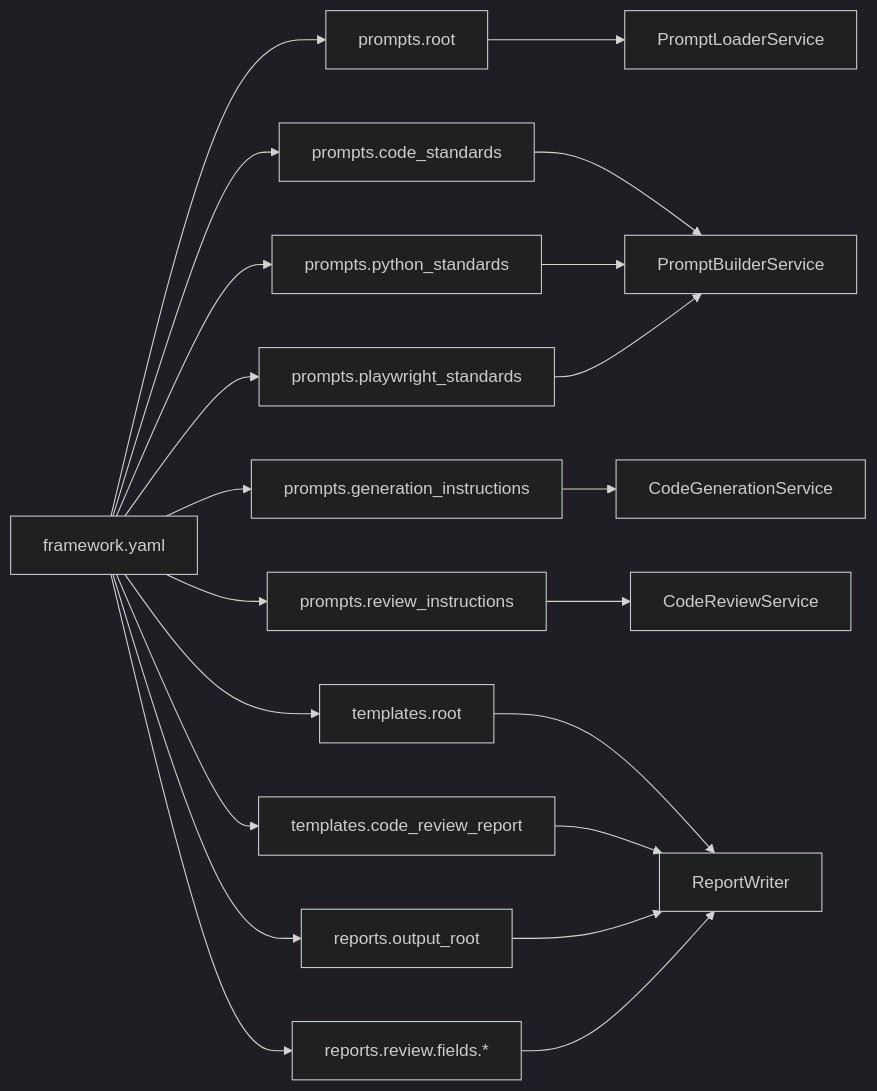
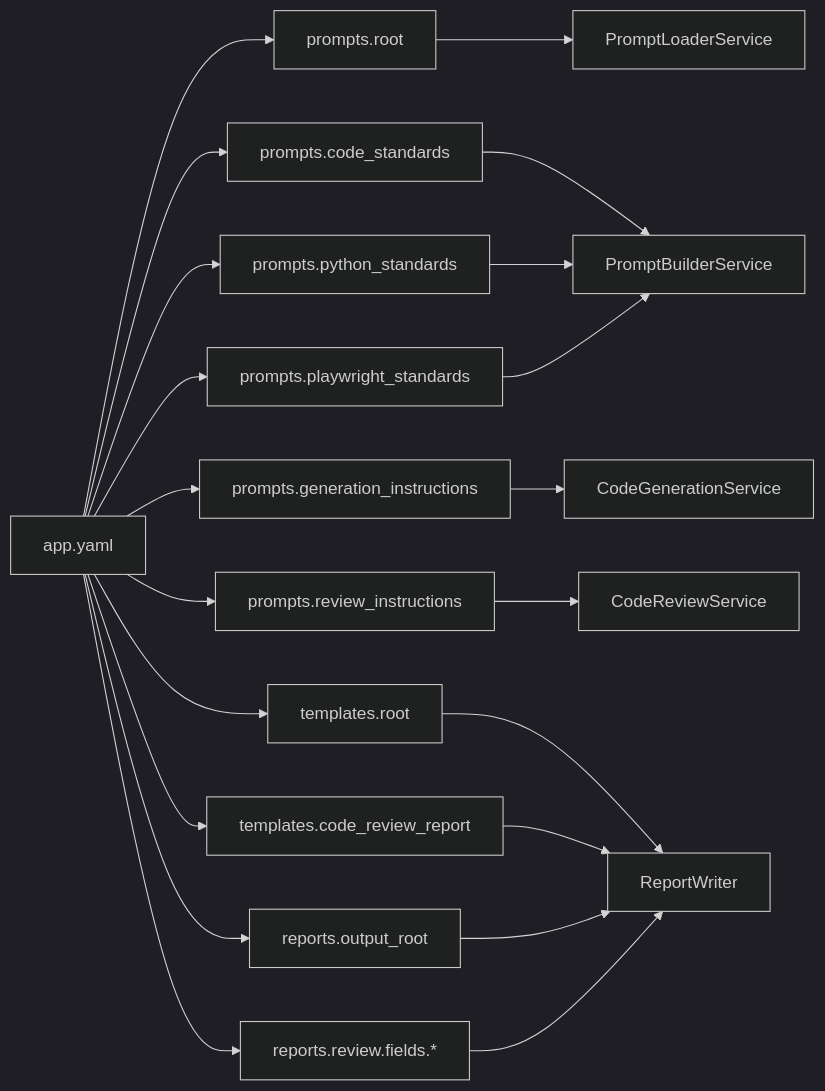
Before and after one commit to ausrgonzale/QAlchemy: the third of 3 diagrams in docs/architecture.md, drawn with Mermaid (dark theme). The commit also changed other lines of this file and 35 other files, not shown here.

````diff
--- a/docs/architecture.md
+++ b/docs/architecture.md
@@ -79,24 +79,24 @@
 ```mermaid
 flowchart LR
-  FW[framework.yaml] --> P1[prompts.root]
+  FW[app.yaml] --> P1[prompts.root]
   FW --> P2[prompts.code_standards]
   FW --> P3[prompts.python_standards]
   FW --> P4[prompts.playwright_standards]
   FW --> P5[prompts.generation_instructions]
   FW --> P6[prompts.review_instructions]
   FW --> T1[templates.root]
   FW --> T2[templates.code_review_report]
   FW --> R1[reports.output_root]
   FW --> R2[reports.review.fields.*]
 
   P1 --> PLS[PromptLoaderService]
   P2 --> PBS[PromptBuilderService]
   P3 --> PBS
   P4 --> PBS
   P5 --> CGS[CodeGenerationService]
   P6 --> CRS[CodeReviewService]
   T1 --> RW[ReportWriter]
   T2 --> RW
   R1 --> RW
   R2 --> RW
 ```
````
